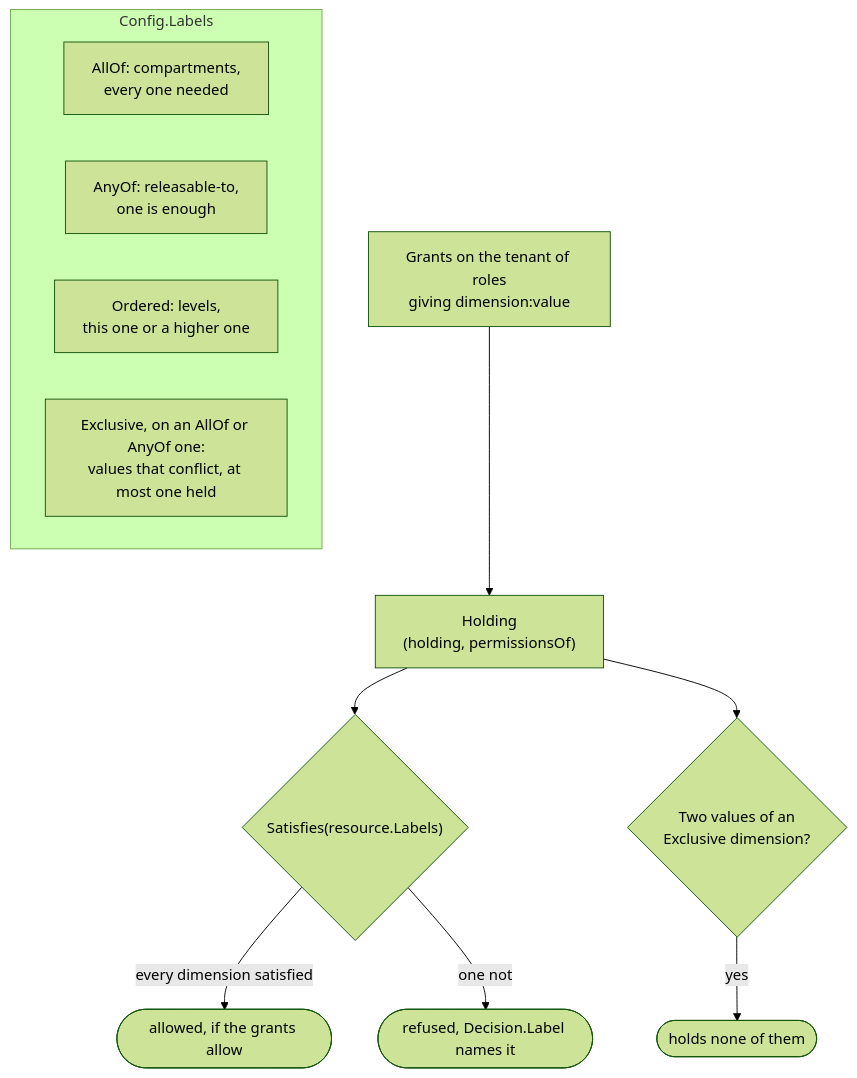
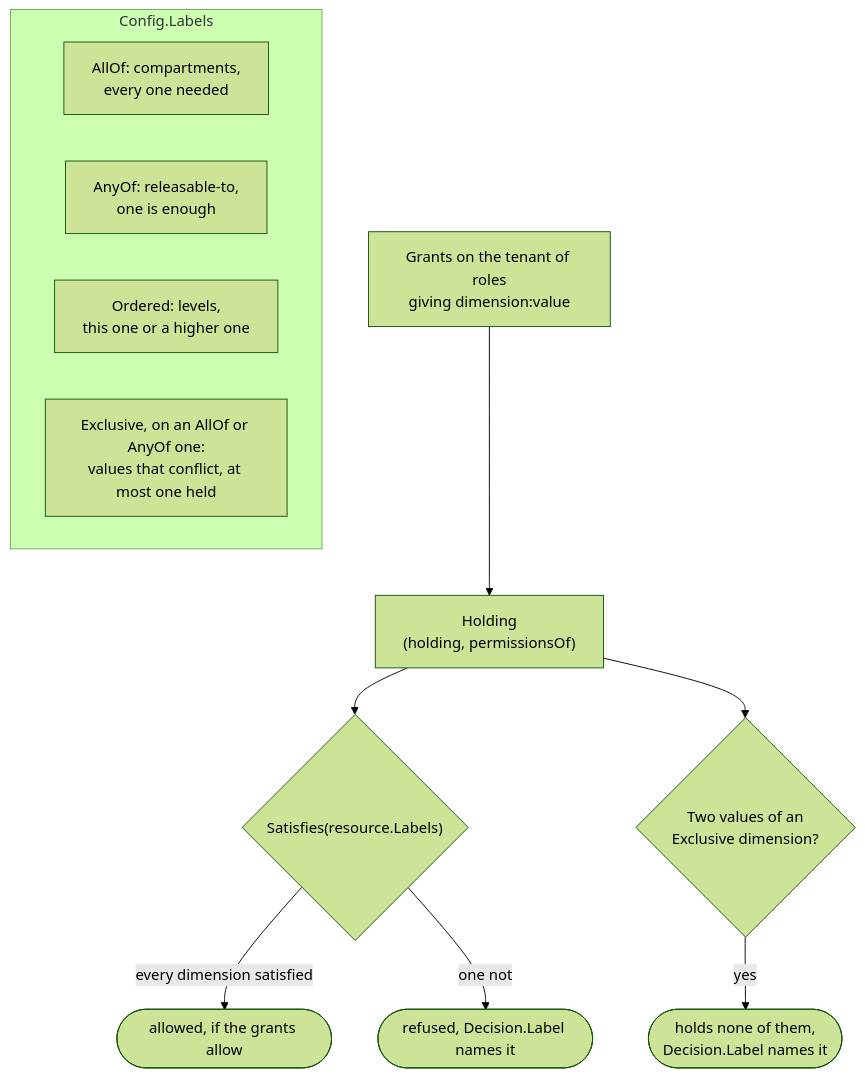
Before and after one commit to parallelworks/rbac: the tenth of 13 diagrams in docs/architecture.md, drawn with Mermaid (forest theme). The commit also changed other lines of this file and 14 other files, not shown here.

Commit message:
fix: a label value is decided on tenant attributes labeled checks don't read and can be handed on by an actor who can't use it, redefining a role can pass the per-value condition bound, DeleteRole asks the host about every scope, and Explain names no exclusive refusal (#58)

````diff
--- a/docs/architecture.md
+++ b/docs/architecture.md
@@ -512,15 +512,15 @@
 ```mermaid
 flowchart TB
     subgraph dims["Config.Labels"]
         allof["AllOf: compartments,<br/>every one needed"]
         anyof["AnyOf: releasable-to,<br/>one is enough"]
         ordered["Ordered: levels,<br/>this one or a higher one"]
         excl["Exclusive, on an AllOf or AnyOf one:<br/>values that conflict, at most one held"]
     end
     grants["Grants on the tenant of roles<br/>giving dimension:value"] --> holding["Holding<br/>(holding, permissionsOf)"]
     holding --> sat{"Satisfies(resource.Labels)"}
     sat -->|"every dimension satisfied"| ok(["allowed, if the grants allow"])
     sat -->|"one not"| no(["refused, Decision.Label names it"])
     holding --> two{"Two values of an<br/>Exclusive dimension?"}
-    two -->|yes| none(["holds none of them"])
+    two -->|yes| none(["holds none of them,<br/>Decision.Label names it"])
 ```
````
